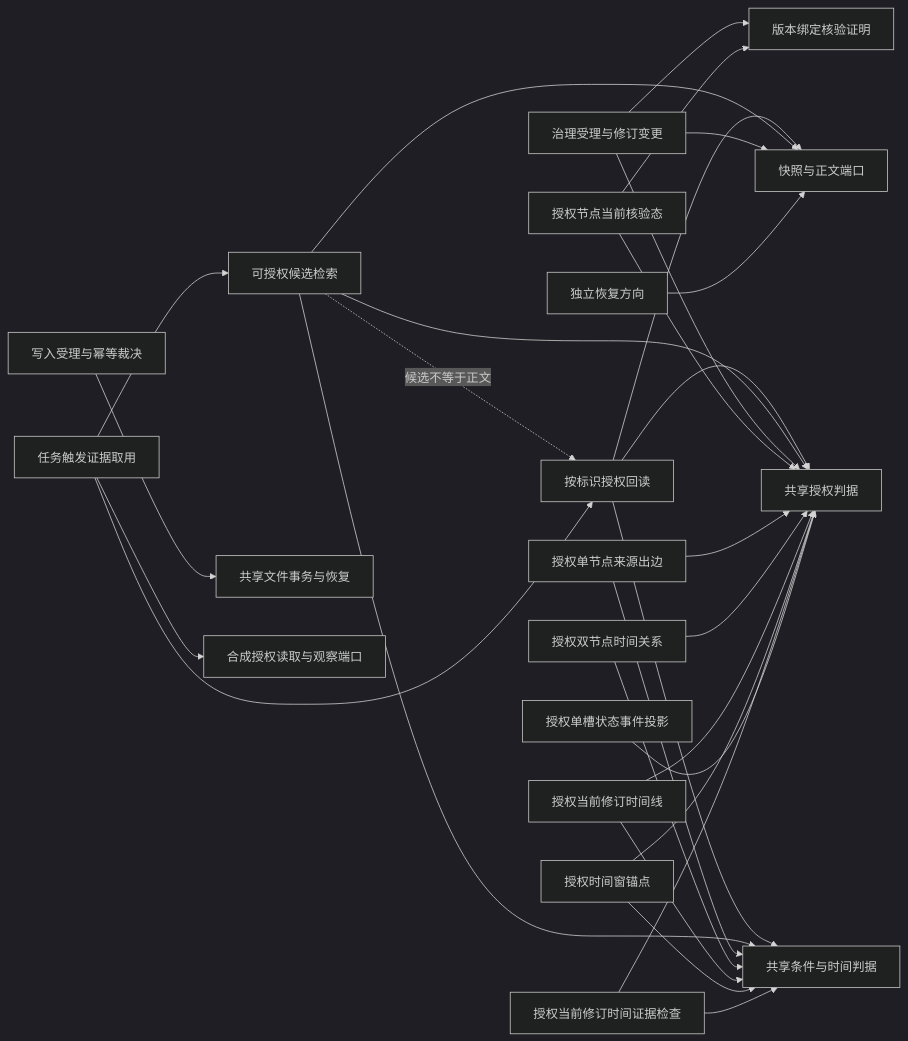
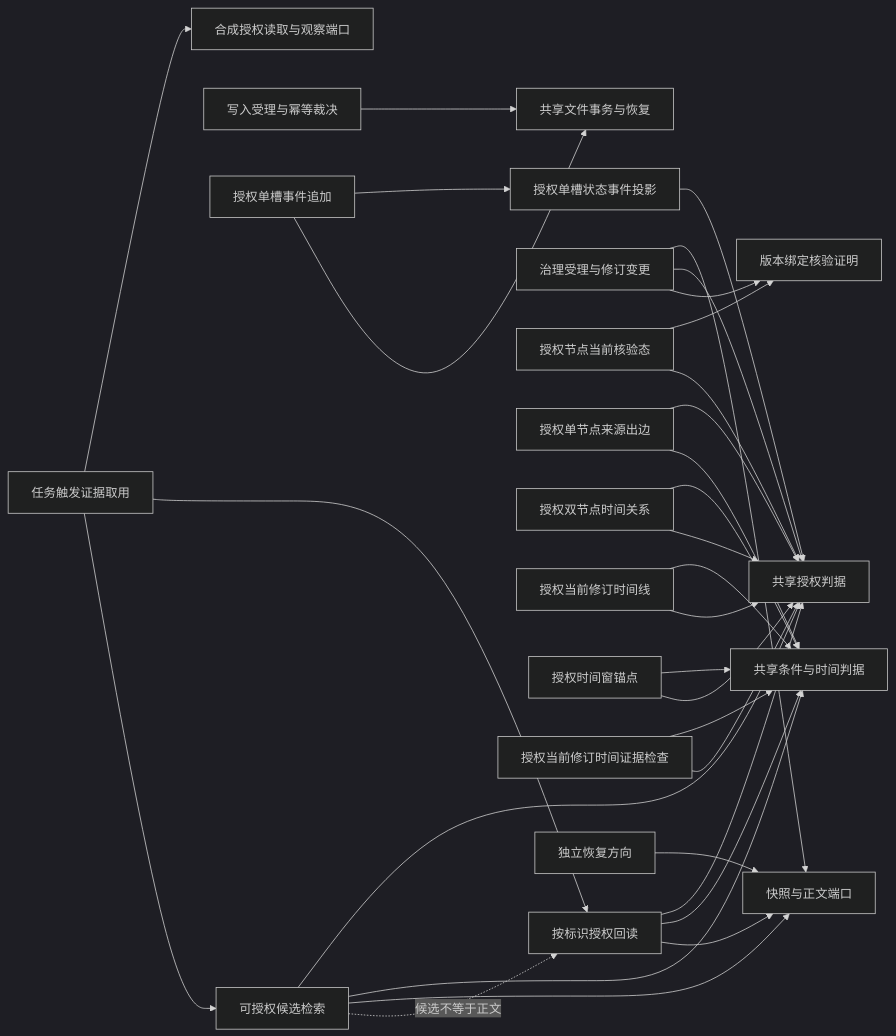
Before and after one commit to FuRongJun-1999/dsh-lingshu-memory: the diagram in docs/CAPABILITY_GRAPH.md, drawn with Mermaid (dark theme). The commit also changed other lines of this file and 11 other files, not shown here.

```diff
--- a/docs/CAPABILITY_GRAPH.md
+++ b/docs/CAPABILITY_GRAPH.md
@@ -5,31 +5,33 @@
 ~~~mermaid
 graph LR
   G[按标识授权回读] --> A[共享授权判据]
   G --> T[共享条件与时间判据]
   G --> S[快照与正文端口]
   Q[可授权候选检索] --> A
   Q --> T
   Q --> S
   Q -. 候选不等于正文 .-> G
   W[写入受理与幂等裁决] --> X[共享文件事务与恢复]
   R[治理受理与修订变更] --> S
   R --> A
   R --> V[版本绑定核验证明]
   K[授权节点当前核验态] --> V
   K --> A
   E[授权单节点来源出边] --> A
   E --> T
   Z[授权双节点时间关系] --> T
   Z --> A
   L[授权当前修订时间线] --> T
   L --> A
   WN[授权时间窗锚点] --> T
   WN --> A
   TC[授权当前修订时间证据检查] --> T
   TC --> A
   SC[授权单槽状态事件投影] --> A
+  SE[授权单槽事件追加] --> SC
+  SE --> X
   P[独立恢复方向] --> S
   C[任务触发证据取用] --> O[合成授权读取与观察端口]
   C --> G
   C --> Q
 ~~~
```
